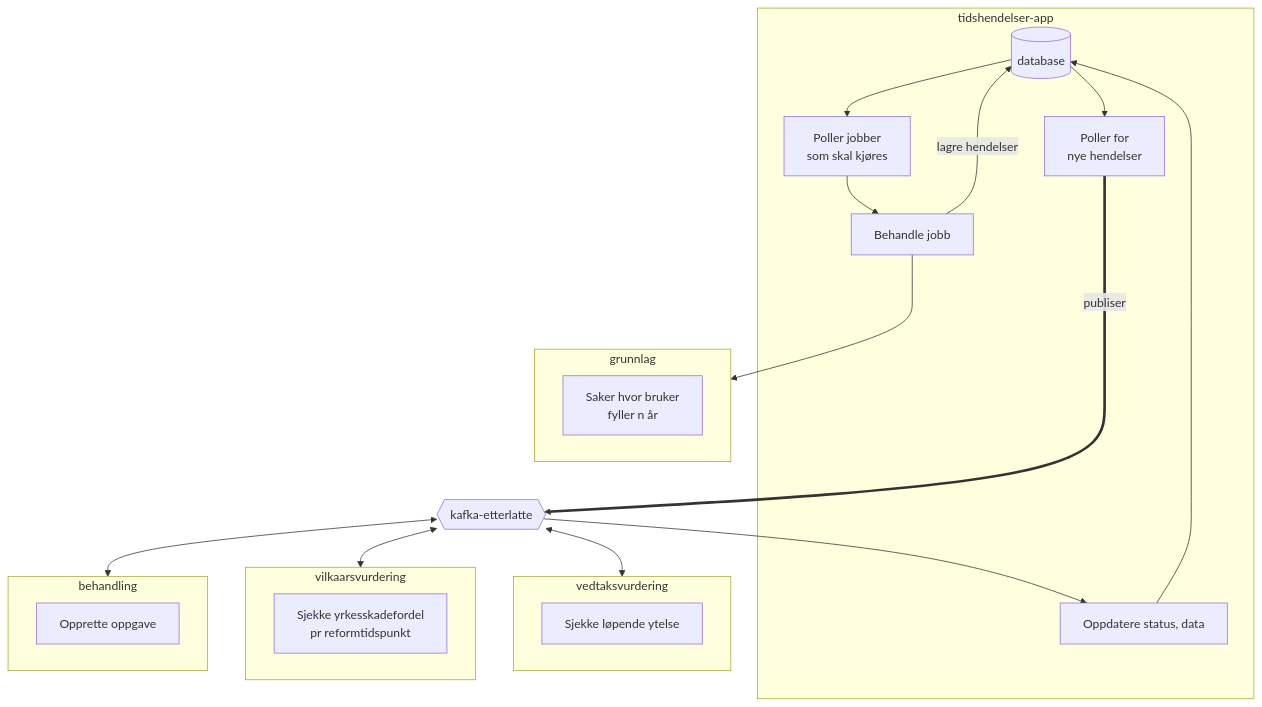
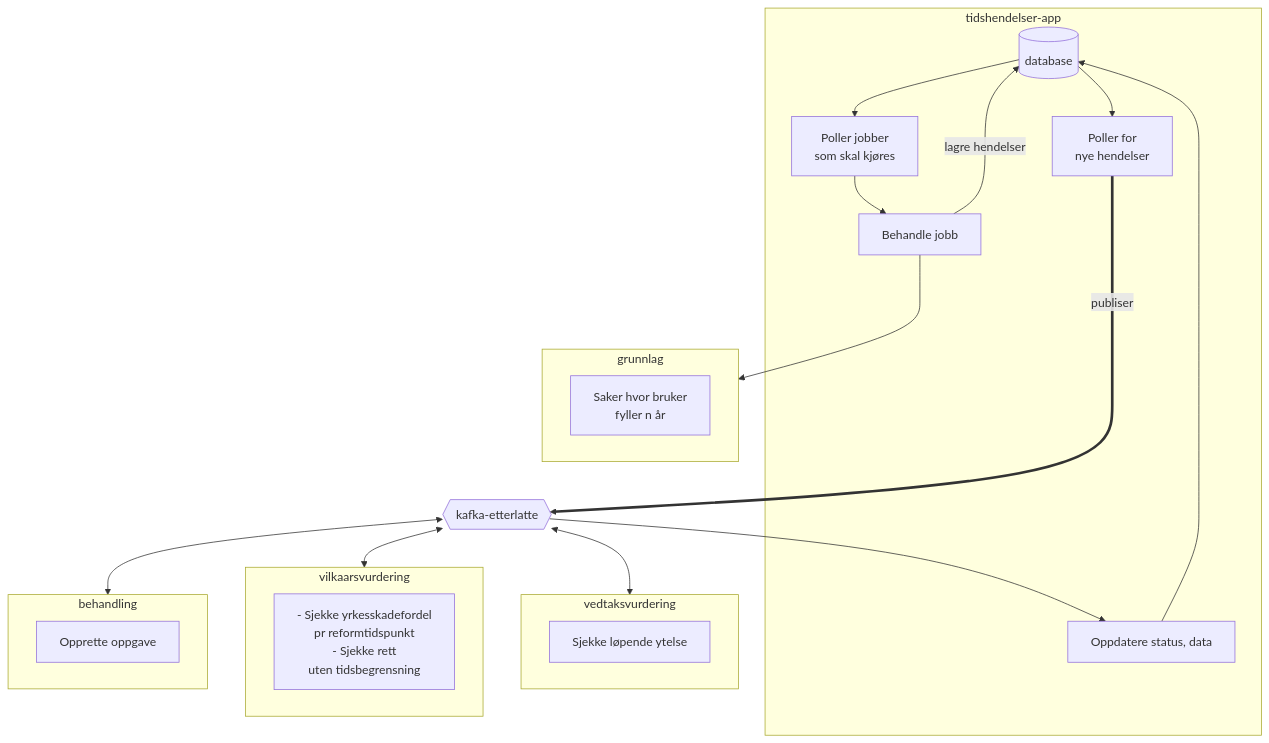
One commit to navikt/pensjon-etterlatte-saksbehandling changed the diagram in apps/etterlatte-tidshendelser/README.md. Above: the diagram before and after it, drawn with Mermaid. The commit also changed other lines of this file, not shown here.

Commit message:
EY-3530 Oppdatert dok

````diff
--- a/apps/etterlatte-tidshendelser/README.md
+++ b/apps/etterlatte-tidshendelser/README.md
@@ -15,39 +17,47 @@
 ```mermaid
 graph 
     
 subgraph tidshendelser-app
   db[(database)]
   jobbPoller[Poller jobber \n som skal kjøres]
   service[Behandle jobb]
   hendelsePoller[Poller for \n nye hendelser]
   status[Oppdatere status, data]
   
   db --> jobbPoller
   jobbPoller --> service
   service --lagre hendelser--> db
   db --> hendelsePoller
   status --> db
 end
   
 kt{{kafka-etterlatte}}:::kafka-topic
 
 subgraph grunnlag
-    grunnlag_sjekk["Saker hvor bruker \n fyller n år"]
+    grunnlag_sjekk["
+    Saker hvor bruker 
+      fyller n år
+      "]
 end
 subgraph vedtaksvurdering
     vedtak_sjekk["Sjekke løpende ytelse"]
 end
 subgraph vilkaarsvurdering
-    vilkaar_sjekk["Sjekke yrkesskadefordel \n pr reformtidspunkt"]
+    vilkaar_sjekk["
+    - Sjekke yrkesskadefordel 
+         pr reformtidspunkt 
+    - Sjekke rett 
+         uten tidsbegrensning
+    "]
 end
 subgraph behandling
     behandle["Opprette oppgave"]
 end
 
 service ---> grunnlag["Grunnlag API"]
 hendelsePoller ==publiser=====> kt
 kt --> status
 kt <--> vedtaksvurdering
 kt <--> vilkaarsvurdering
 kt <--> behandling
 ```
````
